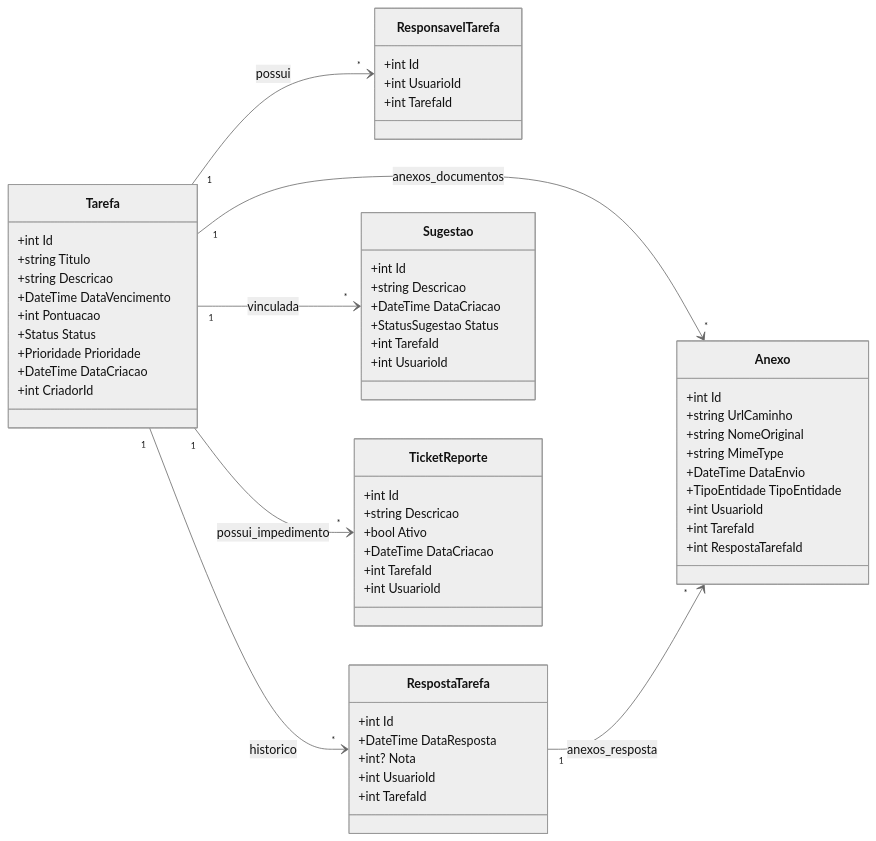
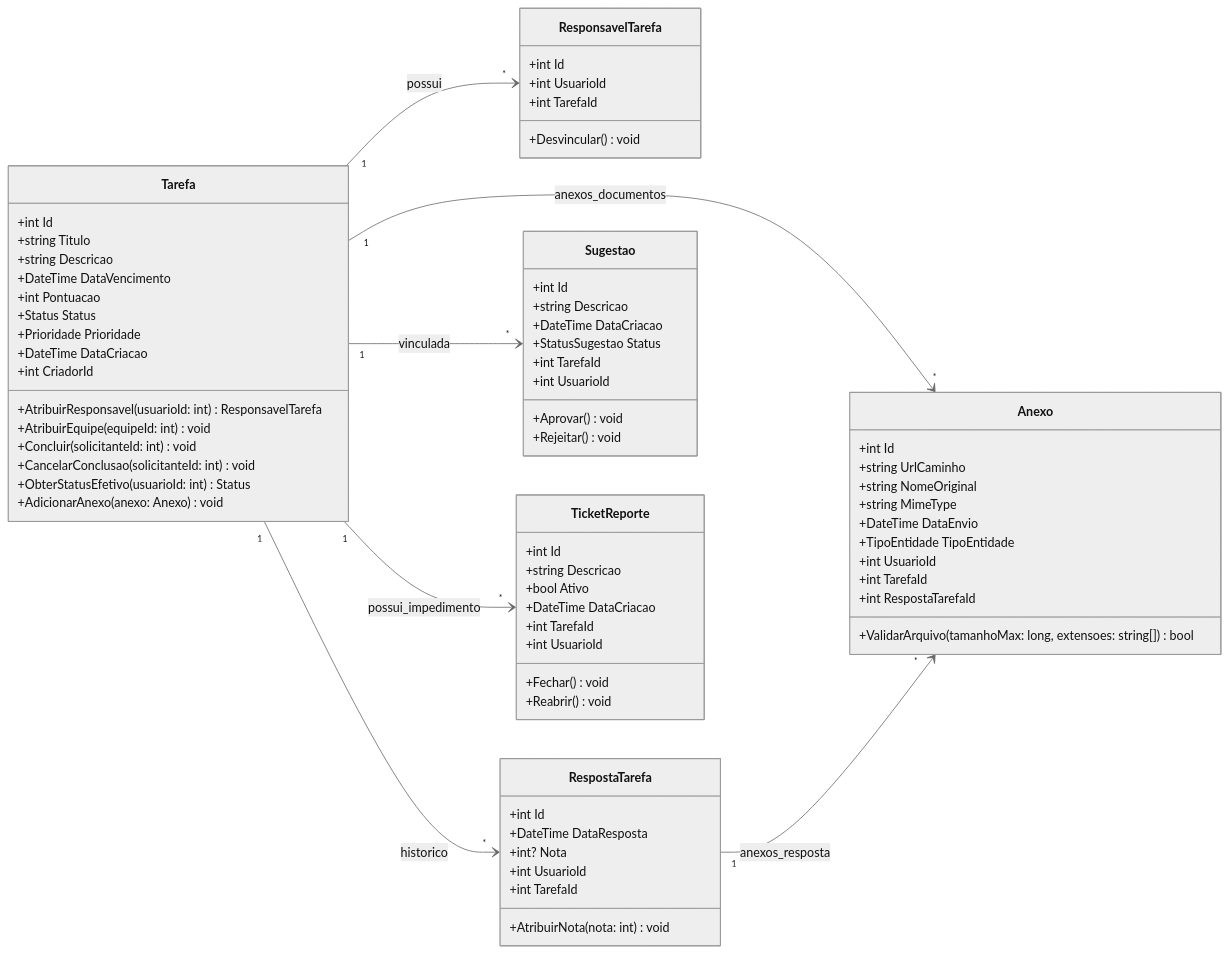
Before and after one commit to aikovlr/Cortex-backend: the second of 36 diagrams in DIAGRAMAS.md, drawn with Mermaid (neutral theme). The commit also changed other lines of this file and 3 other files, not shown here.

First line of the commit message:
docs(diagramas): atualizar diagramas de arquitetura e remover arquivos temporarios de analise

````diff
--- a/DIAGRAMAS.md
+++ b/DIAGRAMAS.md
@@ -493,67 +302,80 @@
 ```mermaid
 classDiagram
     direction LR
 
     class Tarefa {
         +int Id
         +string Titulo
         +string Descricao
         +DateTime DataVencimento
         +int Pontuacao
         +Status Status
         +Prioridade Prioridade
         +DateTime DataCriacao
         +int CriadorId
+        +AtribuirResponsavel(usuarioId: int) ResponsavelTarefa
+        +AtribuirEquipe(equipeId: int) void
+        +Concluir(solicitanteId: int) void
+        +CancelarConclusao(solicitanteId: int) void
+        +ObterStatusEfetivo(usuarioId: int) Status
+        +AdicionarAnexo(anexo: Anexo) void
     }
 
     class ResponsavelTarefa {
         +int Id
         +int UsuarioId
         +int TarefaId
+        +Desvincular() void
     }
 
     class RespostaTarefa {
         +int Id
         +DateTime DataResposta
         +int? Nota
         +int UsuarioId
         +int TarefaId
+        +AtribuirNota(nota: int) void
     }
 
     class Sugestao {
         +int Id
         +string Descricao
         +DateTime DataCriacao
         +StatusSugestao Status
         +int TarefaId
         +int UsuarioId
+        +Aprovar() void
+        +Rejeitar() void
     }
 
     class TicketReporte {
         +int Id
         +string Descricao
         +bool Ativo
         +DateTime DataCriacao
         +int TarefaId
         +int UsuarioId
+        +Fechar() void
+        +Reabrir() void
     }
 
     class Anexo {
         +int Id
         +string UrlCaminho
         +string NomeOriginal
         +string MimeType
         +DateTime DataEnvio
         +TipoEntidade TipoEntidade
         +int UsuarioId
         +int TarefaId
         +int RespostaTarefaId
+        +ValidarArquivo(tamanhoMax: long, extensoes: string[]) bool
     }
 
     Tarefa "1" --> "*" ResponsavelTarefa : possui
     Tarefa "1" --> "*" RespostaTarefa : historico
     Tarefa "1" --> "*" Sugestao : vinculada
     Tarefa "1" --> "*" TicketReporte : possui_impedimento
     Tarefa "1" --> "*" Anexo : anexos_documentos
     RespostaTarefa "1" --> "*" Anexo : anexos_resposta
 ```
````
